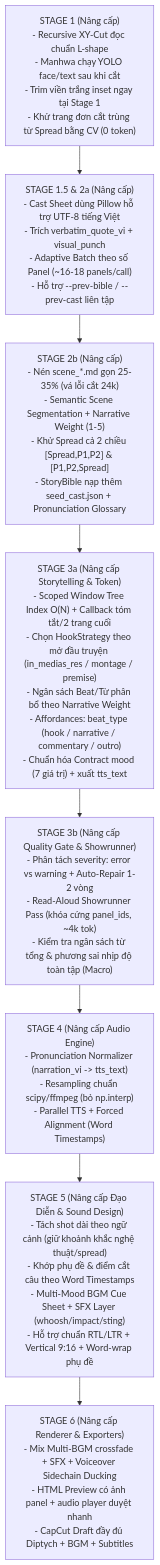
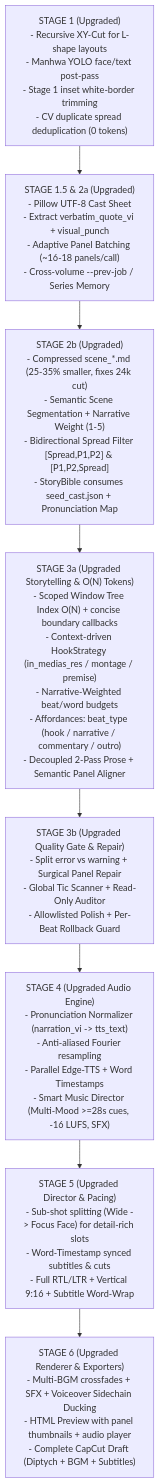
Before and after one commit to daominhwysi/manga-recap: the diagram in docs/ARCHITECTURE_REVIEW.md, drawn with Mermaid. The commit also changed other lines of this file and 8 other files, not shown here.

````diff
--- a/docs/ARCHITECTURE_REVIEW.md
+++ b/docs/ARCHITECTURE_REVIEW.md
@@ -185,11 +180,11 @@
 ```mermaid
 flowchart TD
-    S1["STAGE 1 (Nâng cấp)\n- Recursive XY-Cut đọc chuẩn L-shape\n- Manhwa chạy YOLO face/text sau khi cắt\n- Trim viền trắng inset ngay tại Stage 1\n- Khử trang đơn cắt trùng từ Spread bằng CV (0 token)"] --> S2A
-    S2A["STAGE 1.5 & 2a (Nâng cấp)\n- Cast Sheet dùng Pillow hỗ trợ UTF-8 tiếng Việt\n- Trích verbatim_quote_vi + visual_punch\n- Adaptive Batch theo số Panel (~16-18 panels/call)\n- Hỗ trợ --prev-bible / --prev-cast liên tập"] --> S2B
-    S2B["STAGE 2b (Nâng cấp)\n- Nén scene_*.md gọn 25-35% (vá lỗi cắt 24k)\n- Semantic Scene Segmentation + Narrative Weight (1-5)\n- Khử Spread cả 2 chiều [Spread,P1,P2] & [P1,P2,Spread]\n- StoryBible nạp thêm seed_cast.json + Pronunciation Glossary"] --> S3A
-    S3A["STAGE 3a (Nâng cấp Storytelling & Token)\n- Scoped Window Tree Index O(N) + Callback tóm tắt/2 trang cuối\n- Chọn HookStrategy theo mở đầu truyện (in_medias_res / montage / premise)\n- Ngân sách Beat/Từ phân bổ theo Narrative Weight\n- Affordances: beat_type (hook / narrative / commentary / outro)\n- Chuẩn hóa Contract mood (7 giá trị) + xuất tts_text"] --> S3B
-    S3B["STAGE 3b (Nâng cấp Quality Gate & Showrunner)\n- Phân tách severity: error vs warning + Auto-Repair 1-2 vòng\n- Read-Aloud Showrunner Pass (khóa cứng panel_ids, ~4k tok)\n- Kiểm tra ngân sách từ tổng & phương sai nhịp độ toàn tập (Macro)"] --> S4
-    S4["STAGE 4 (Nâng cấp Audio Engine)\n- Pronunciation Normalizer (narration_vi -> tts_text)\n- Resampling chuẩn scipy/ffmpeg (bỏ np.interp)\n- Parallel TTS + Forced Alignment (Word Timestamps)"] --> S5
-    S5["STAGE 5 (Nâng cấp Đạo Diễn & Sound Design)\n- Tách shot dài theo ngữ cảnh (giữ khoảnh khắc nghệ thuật/spread)\n- Khớp phụ đề & điểm cắt câu theo Word Timestamps\n- Multi-Mood BGM Cue Sheet + SFX Layer (whoosh/impact/sting)\n- Hỗ trợ chuẩn RTL/LTR + Vertical 9:16 + Word-wrap phụ đề"] --> S6
-    S6["STAGE 6 (Nâng cấp Renderer & Exporters)\n- Mix Multi-BGM crossfade + SFX + Voiceover Sidechain Ducking\n- HTML Preview có ảnh panel + audio player duyệt nhanh\n- CapCut Draft đầy đủ Diptych + BGM + Subtitles"]
+    S1["STAGE 1 (Upgraded)\n- Recursive XY-Cut for L-shape layouts\n- Manhwa YOLO face/text post-pass\n- Stage 1 inset white-border trimming\n- CV duplicate spread deduplication (0 tokens)"] --> S2A
+    S2A["STAGE 1.5 & 2a (Upgraded)\n- Pillow UTF-8 Cast Sheet\n- Extract verbatim_quote_vi + visual_punch\n- Adaptive Panel Batching (~16-18 panels/call)\n- Cross-volume --prev-job / Series Memory"] --> S2B
+    S2B["STAGE 2b (Upgraded)\n- Compressed scene_*.md (25-35% smaller, fixes 24k cut)\n- Semantic Scene Segmentation + Narrative Weight (1-5)\n- Bidirectional Spread Filter [Spread,P1,P2] & [P1,P2,Spread]\n- StoryBible consumes seed_cast.json + Pronunciation Map"] --> S3A
+    S3A["STAGE 3a (Upgraded Storytelling & O(N) Tokens)\n- Scoped Window Tree Index O(N) + concise boundary callbacks\n- Context-driven HookStrategy (in_medias_res / montage / premise)\n- Narrative-Weighted beat/word budgets\n- Affordances: beat_type (hook / narrative / commentary / outro)\n- Decoupled 2-Pass Prose + Semantic Panel Aligner"] --> S3B
+    S3B["STAGE 3b (Upgraded Quality Gate & Repair)\n- Split error vs warning + Surgical Panel Repair\n- Global Tic Scanner + Read-Only Auditor\n- Allowlisted Polish + Per-Beat Rollback Guard"] --> S4
+    S4["STAGE 4 (Upgraded Audio Engine)\n- Pronunciation Normalizer (narration_vi -> tts_text)\n- Anti-aliased Fourier resampling\n- Parallel Edge-TTS + Word Timestamps\n- Smart Music Director (Multi-Mood >=28s cues, -16 LUFS, SFX)"] --> S5
+    S5["STAGE 5 (Upgraded Director & Pacing)\n- Sub-shot splitting (Wide -> Focus Face) for detail-rich slots\n- Word-Timestamp synced subtitles & cuts\n- Full RTL/LTR + Vertical 9:16 + Subtitle Word-Wrap"] --> S6
+    S6["STAGE 6 (Upgraded Renderer & Exporters)\n- Multi-BGM crossfades + SFX + Voiceover Sidechain Ducking\n- HTML Preview with panel thumbnails + audio player\n- Complete CapCut Draft (Diptych + BGM + Subtitles)"]
 ```
````
